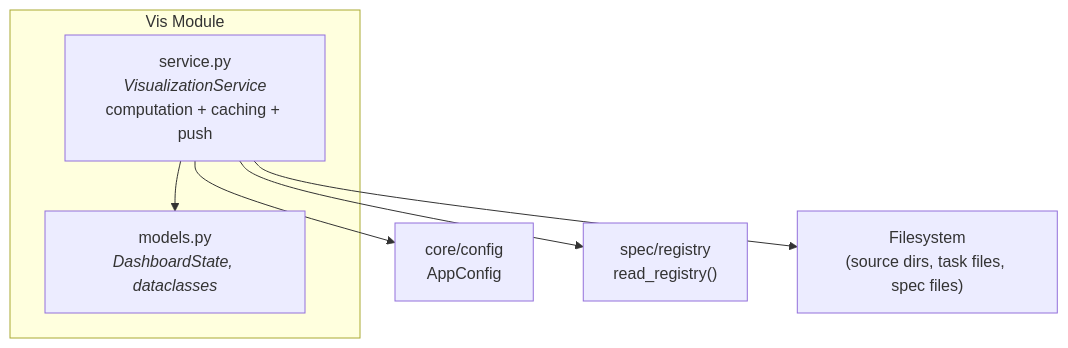
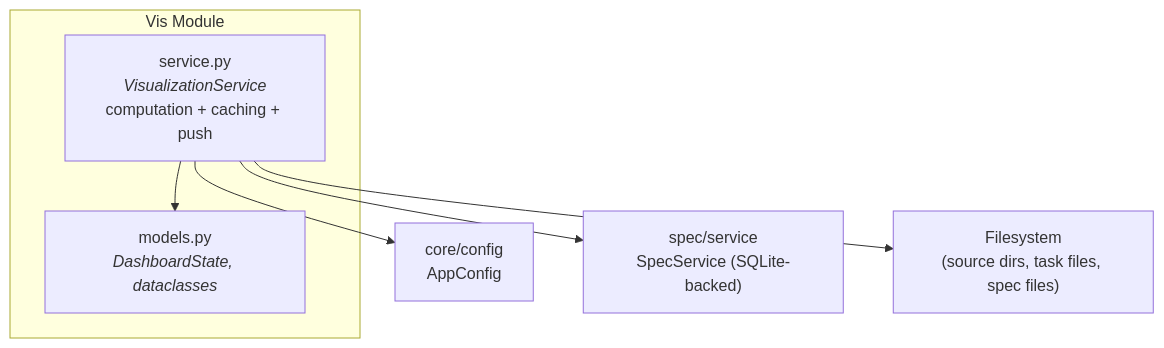
Before and after one commit to JetBrains/thinkrail: the diagram in backend/app/vis/README.md, drawn with Mermaid. The commit also changed other lines of this file and 188 other files, not shown here.

````diff
--- a/backend/app/vis/README.md
+++ b/backend/app/vis/README.md
@@ -27,16 +42,16 @@
 ```mermaid
 graph TD
     subgraph VisModule["Vis Module"]
         Service["service.py<br/><i>VisualizationService</i><br/>computation + caching + push"]
         Models["models.py<br/><i>DashboardState, dataclasses</i>"]
     end
 
     Config["core/config<br/>AppConfig"]
-    Registry["spec/registry<br/>read_registry()"]
+    SpecSvc["spec/service<br/>SpecService (SQLite-backed)"]
     FS["Filesystem<br/>(source dirs, task files, spec files)"]
 
     Service --> Config
-    Service --> Registry
+    Service --> SpecSvc
     Service --> Models
     Service --> FS
 ```
````
